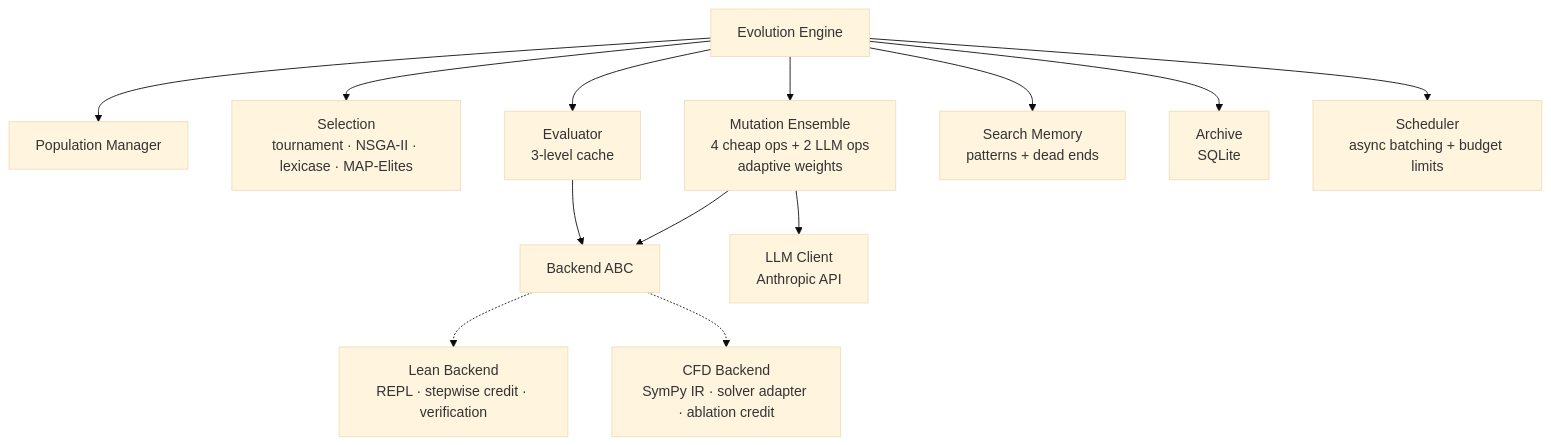
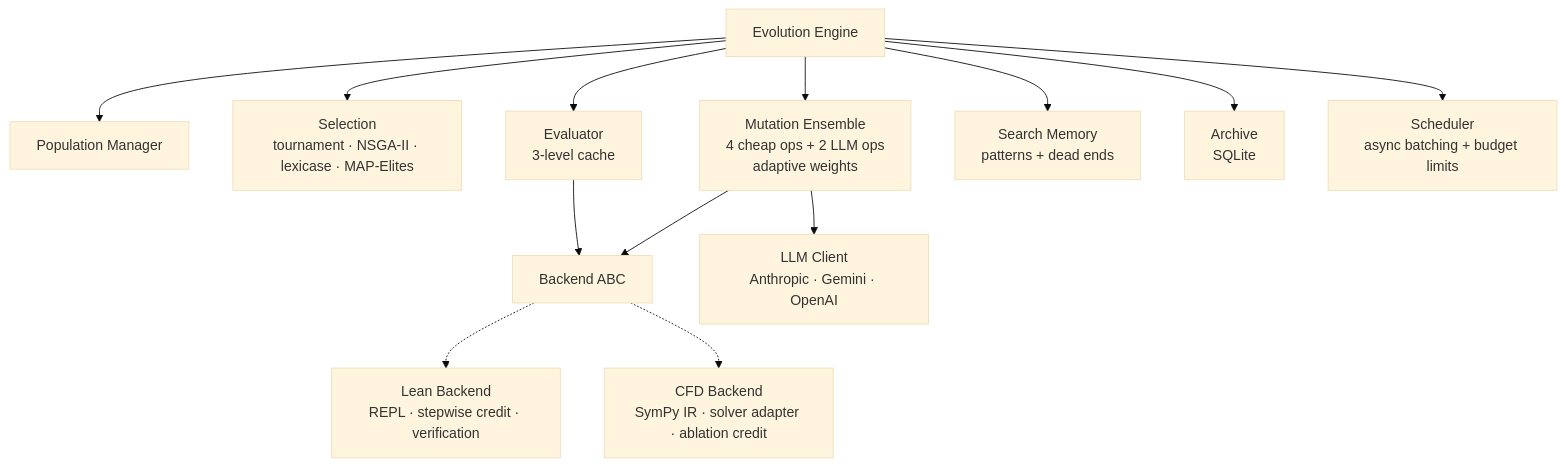
One commit to slink/evoforge changed the second of 2 diagrams in README.md. Above: the diagram before and after it, drawn with Mermaid (base theme). The commit also changed other lines of this file, not shown here.

First line of the commit message:
Update README with multi-provider LLM documentation

````diff
--- a/README.md
+++ b/README.md
@@ -43,16 +43,16 @@
 ```mermaid
 graph TD
     Engine[Evolution Engine]
     Engine --> Pop[Population Manager]
     Engine --> Sel[Selection<br/>tournament · NSGA-II · lexicase · MAP-Elites]
     Engine --> Mut[Mutation Ensemble<br/>4 cheap ops + 2 LLM ops<br/>adaptive weights]
     Engine --> Eval[Evaluator<br/>3-level cache]
     Engine --> Mem[Search Memory<br/>patterns + dead ends]
     Engine --> Arc[Archive<br/>SQLite]
     Engine --> Sched[Scheduler<br/>async batching + budget limits]
     Mut --> Backend[Backend ABC]
-    Mut --> LLM[LLM Client<br/>Anthropic API]
+    Mut --> LLM[LLM Client<br/>Anthropic · Gemini · OpenAI]
     Eval --> Backend
     Backend -.-> Lean[Lean Backend<br/>REPL · stepwise credit · verification]
     Backend -.-> CFD[CFD Backend<br/>SymPy IR · solver adapter · ablation credit]
 ```
````
